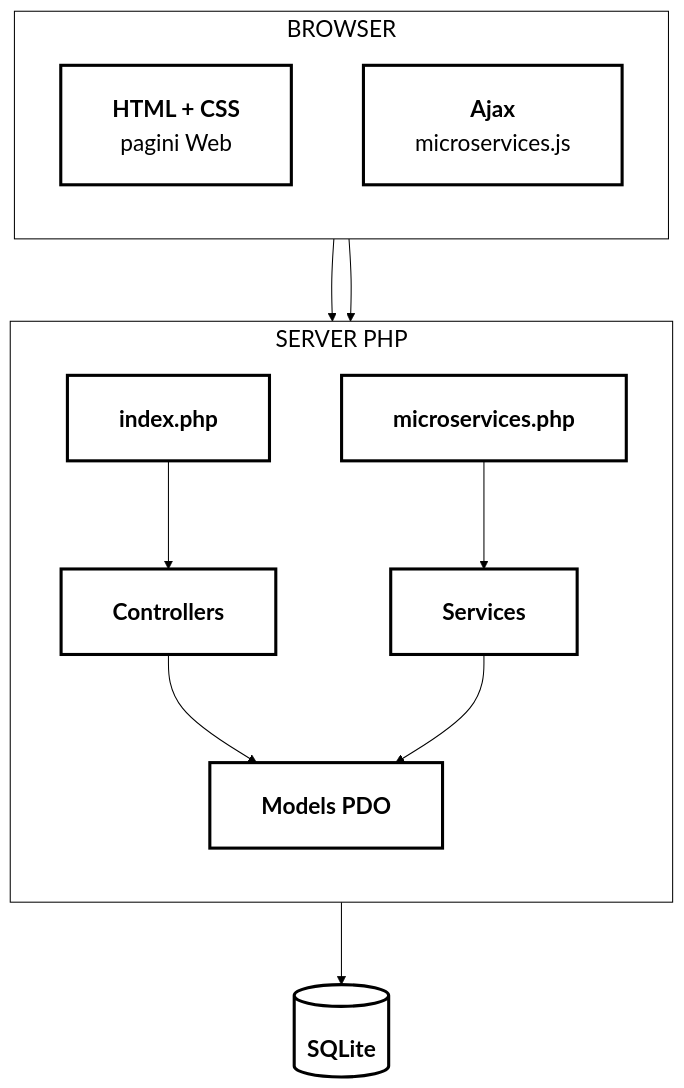
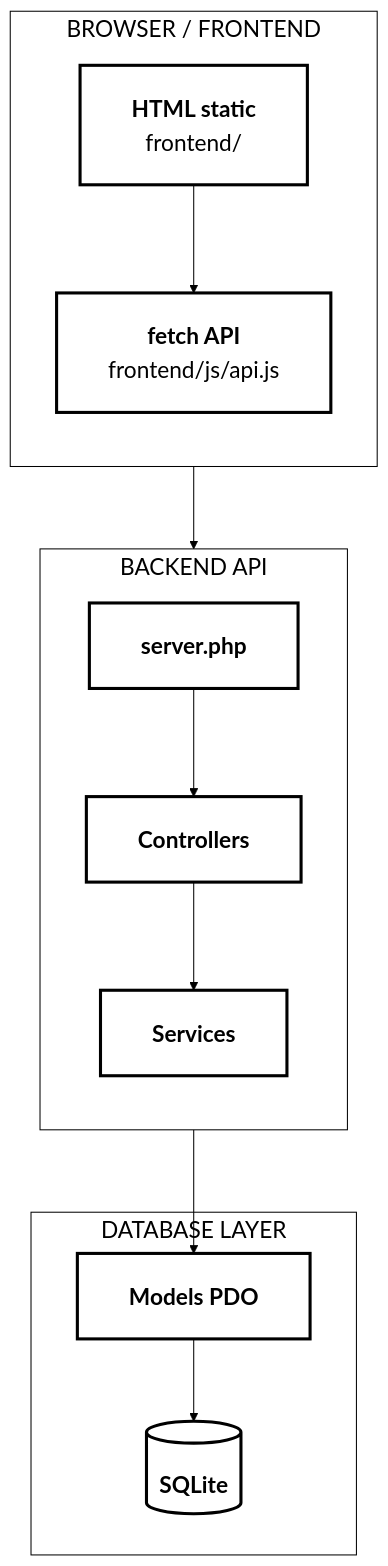
The second of 11 diagrams in docs/ARCHITECTURE.md (ricardofilipebondor/web-technologies-2026), drawn with Mermaid before and after one commit. The commit also changed other lines of this file and 176 other files, not shown here.

First line of the commit message:
Refactorizeaza aplicatia in arhitectura frontend/backend/database.

````diff
--- a/docs/ARCHITECTURE.md
+++ b/docs/ARCHITECTURE.md
@@ -30,26 +30,27 @@
 ```mermaid
 %%{init: {'theme':'base','themeVariables':{'darkMode':false,'background':'#ffffff','mainBkg':'#ffffff','primaryColor':'#ffffff','primaryTextColor':'#000000','primaryBorderColor':'#000000','lineColor':'#000000','clusterBkg':'#ffffff','clusterBorder':'#000000','fontSize':'22px','fontFamily':'Arial'},'flowchart':{'nodeSpacing':70,'rankSpacing':80,'useMaxWidth':true,'padding':25}}}%%
 flowchart TB
-    subgraph CLIENT[" BROWSER "]
+    subgraph CLIENT[" BROWSER / FRONTEND "]
         direction TB
-        HTML["<b>HTML + CSS</b><br/>pagini Web"]
-        AJAX["<b>Ajax</b><br/>microservices.js"]
+        HTML["<b>HTML static</b><br/>frontend/"]
+        JS["<b>fetch API</b><br/>frontend/js/api.js"]
     end
 
-    subgraph SERVER[" SERVER PHP "]
+    subgraph BACKEND[" BACKEND API "]
         direction TB
-        ROUTER["<b>index.php</b>"]
+        SERVER["<b>server.php</b>"]
         CTRL["<b>Controllers</b>"]
-        API["<b>microservices.php</b>"]
         SVC["<b>Services</b>"]
-        MODEL["<b>Models PDO</b>"]
     end
 
-    DB[("<b>SQLite</b>")]
+    subgraph DATABASE[" DATABASE LAYER "]
+        MODEL["<b>Models PDO</b>"]
+        DB[("<b>SQLite</b>")]
+    end
 
-    HTML --> ROUTER --> CTRL --> MODEL --> DB
-    AJAX --> API --> SVC --> MODEL
+    HTML --> JS
+    JS --> SERVER --> CTRL --> SVC --> MODEL --> DB
 
     classDef alb fill:#ffffff,stroke:#000000,color:#000000,stroke-width:3px
-    class HTML,AJAX,ROUTER,CTRL,API,SVC,MODEL,DB alb
+    class HTML,JS,SERVER,CTRL,SVC,MODEL,DB alb
 ```
````
